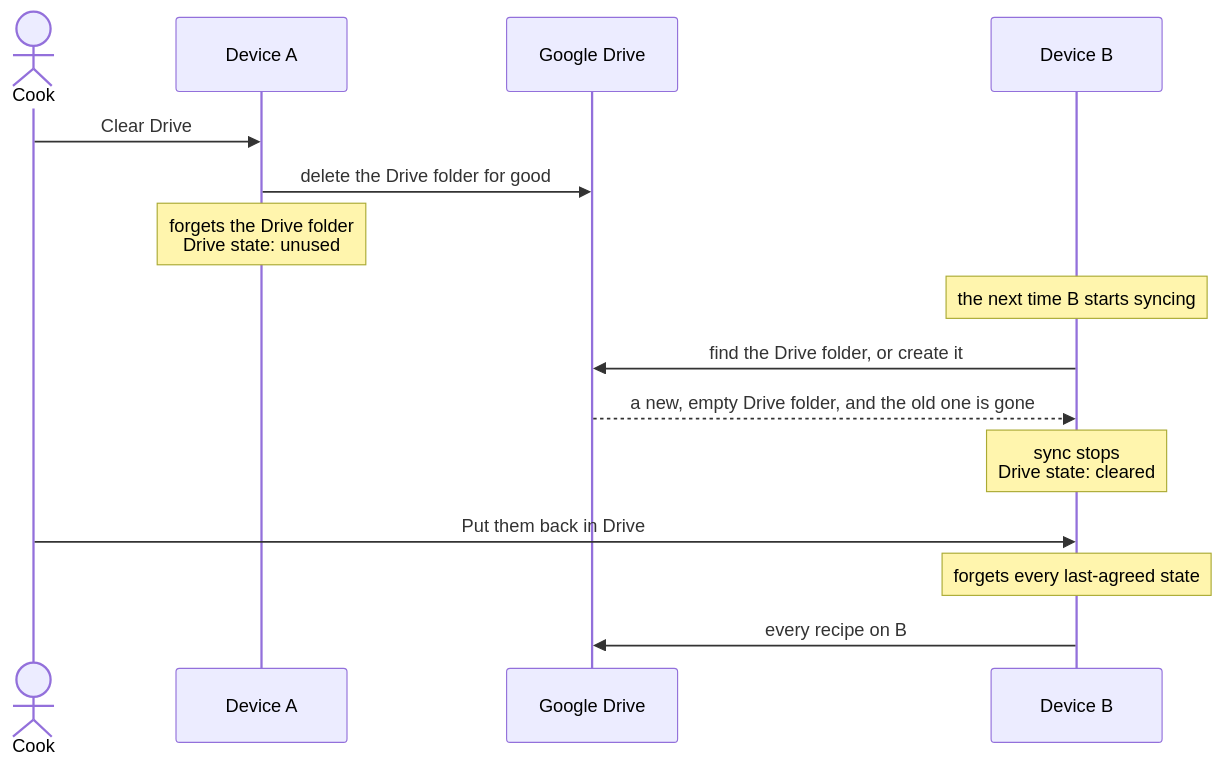
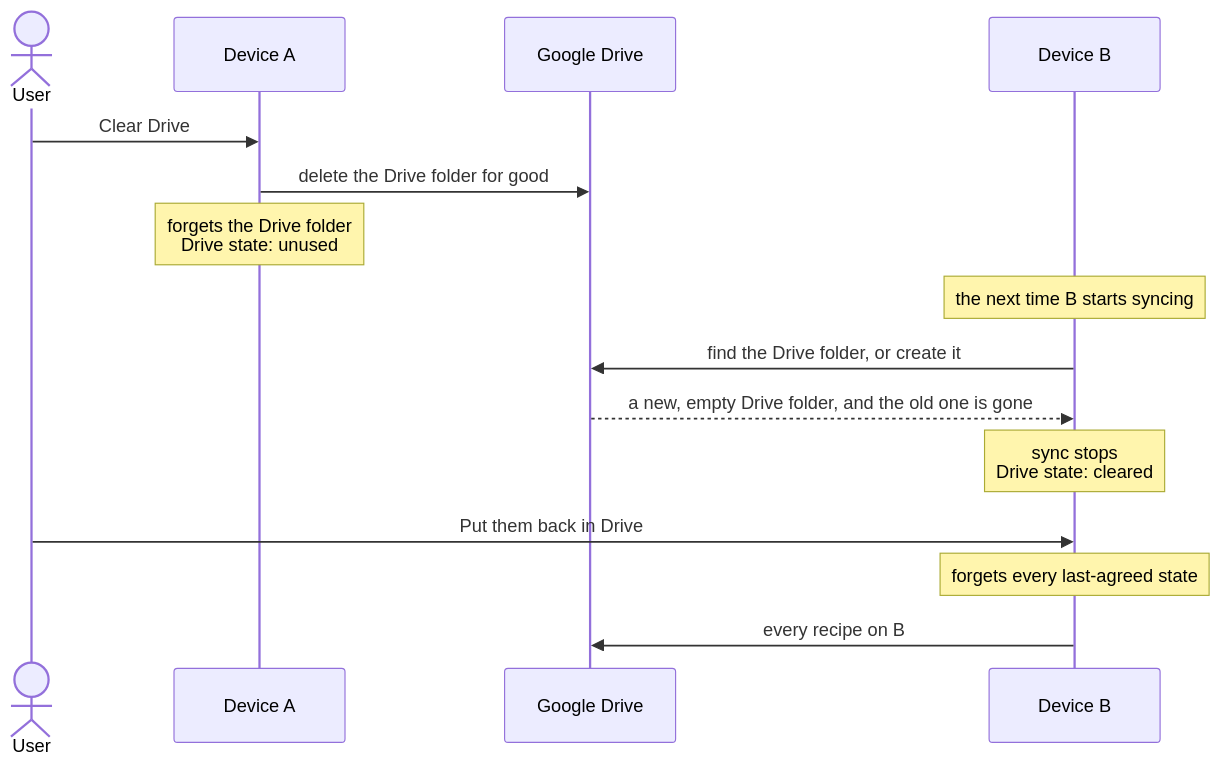
Before and after one commit to sebbogle/rosa: the third of 3 diagrams in docs/architecture/drive.md, drawn with Mermaid. The commit also changed other lines of this file and 36 other files, not shown here.

Commit message:
Call the person using Rosa a user, not a cook

````diff
--- a/docs/architecture/drive.md
+++ b/docs/architecture/drive.md
@@ -107,20 +107,20 @@
 ```mermaid
 sequenceDiagram
-    actor Cook
+    actor User
     participant A as Device A
     participant Drive as Google Drive
     participant B as Device B
 
-    Cook->>A: Clear Drive
+    User->>A: Clear Drive
     A->>Drive: delete the Drive folder for good
     Note over A: forgets the Drive folder<br/>Drive state: unused
 
     Note over B: the next time B starts syncing
     B->>Drive: find the Drive folder, or create it
     Drive-->>B: a new, empty Drive folder, and the old one is gone
     Note over B: sync stops<br/>Drive state: cleared
 
-    Cook->>B: Put them back in Drive
+    User->>B: Put them back in Drive
     Note over B: forgets every last-agreed state
     B->>Drive: every recipe on B
 ```
````
